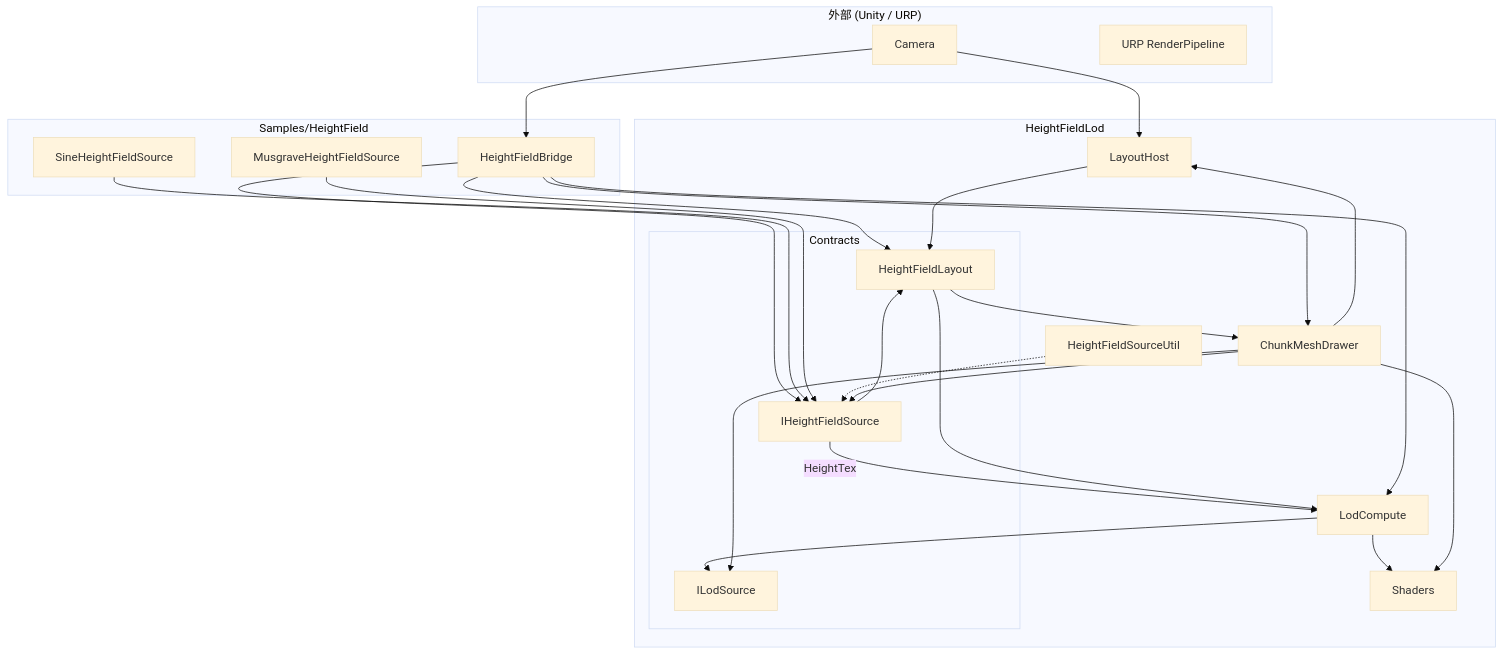
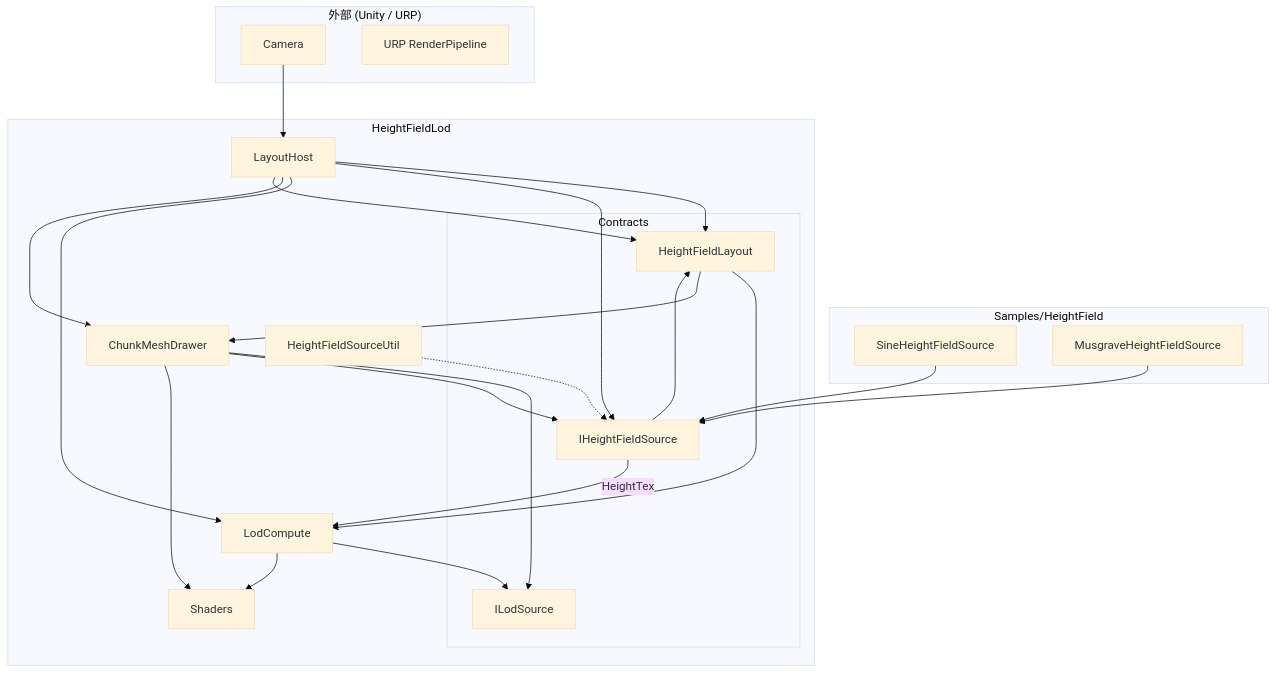
The diagram in Doc/heightfield-lod-layered-design.ja.md (nobnak/urp-heightfield-lod), drawn with Mermaid (base theme) before and after one commit. The commit also changed other lines of this file and 4 other files, not shown here.

Commit message:
docs: reflect LayoutHost-centric rig architecture

````diff
--- a/Doc/heightfield-lod-layered-design.ja.md
+++ b/Doc/heightfield-lod-layered-design.ja.md
@@ -61,47 +61,44 @@
 ```mermaid
 flowchart TB
   subgraph external["外部 (Unity / URP)"]
     CAM[Camera]
     URP[URP RenderPipeline]
   end
 
   subgraph samples["Samples/HeightField"]
     SINE[SineHeightFieldSource]
     MUSG[MusgraveHeightFieldSource]
-    BR[HeightFieldBridge]
   end
 
   subgraph hflod["HeightFieldLod"]
     subgraph contracts["Contracts"]
       LAY[HeightFieldLayout]
       IHS[IHeightFieldSource]
       ILOD[ILodSource]
     end
     HOST[LayoutHost]
     COMP[LodCompute]
     DRAW[ChunkMeshDrawer]
     UTIL[HeightFieldSourceUtil]
     SH[Shaders]
   end
 
   CAM --> HOST
-  CAM --> BR
-  BR --> LAY
-  BR --> IHS
-  BR --> COMP
-  BR --> DRAW
+  HOST --> LAY
+  HOST --> IHS
+  HOST --> COMP
+  HOST --> DRAW
   SINE --> IHS
   MUSG --> IHS
   HOST --> LAY
   IHS --> LAY
   UTIL -.-> IHS
   IHS -->|HeightTex| COMP
   COMP --> ILOD
   DRAW --> ILOD
   DRAW --> IHS
-  DRAW --> HOST
   COMP --> SH
   DRAW --> SH
   LAY --> COMP
   LAY --> DRAW
 ```
````
